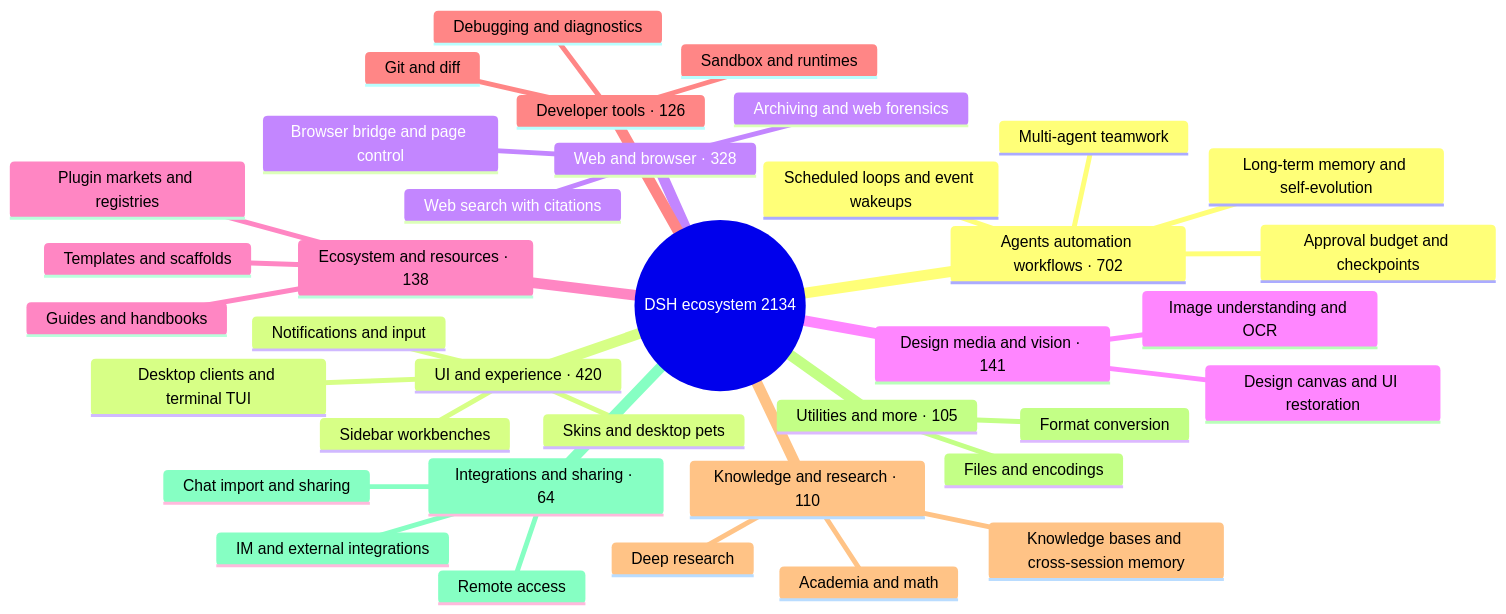
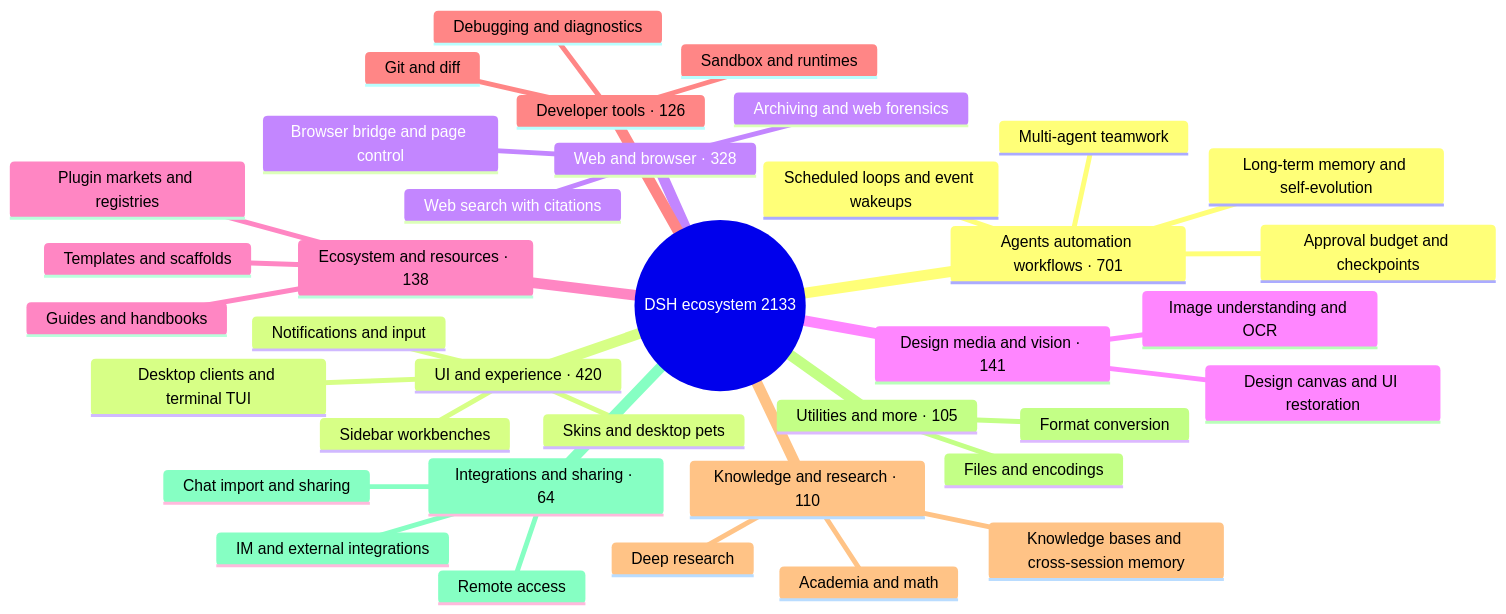
One commit to PGZXB/awesome-dsh-plugin-3 changed the diagram in README_EN.md. Above: the diagram before and after it, drawn with Mermaid. The commit also changed other lines of this file and 2 other files, not shown here.

````diff
--- a/README_EN.md
+++ b/README_EN.md
@@ -32,40 +32,40 @@
 ```mermaid
 mindmap
-  root((DSH ecosystem 2134))
-    Agents automation workflows · 702
+  root((DSH ecosystem 2133))
+    Agents automation workflows · 701
       Scheduled loops and event wakeups
       Multi-agent teamwork
       Long-term memory and self-evolution
       Approval budget and checkpoints
     UI and experience · 420
       Desktop clients and terminal TUI
       Sidebar workbenches
       Skins and desktop pets
       Notifications and input
     Web and browser · 328
       Browser bridge and page control
       Web search with citations
       Archiving and web forensics
     Design media and vision · 141
       Image understanding and OCR
       Design canvas and UI restoration
     Ecosystem and resources · 138
       Plugin markets and registries
       Templates and scaffolds
       Guides and handbooks
     Developer tools · 126
       Git and diff
       Sandbox and runtimes
       Debugging and diagnostics
     Knowledge and research · 110
       Knowledge bases and cross-session memory
       Deep research
       Academia and math
     Utilities and more · 105
       Files and encodings
       Format conversion
     Integrations and sharing · 64
       Chat import and sharing
       Remote access
       IM and external integrations
 ```
````
